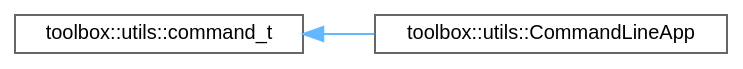
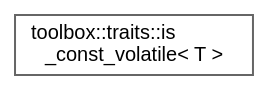
One commit to nerdneilsfield/cpp-toolbox changed the diagram in inherit_graph_89.dot. Above: the diagram before and after it, drawn with Graphviz. The commit also changed 527 other files, not shown here.

```diff
--- a/inherit_graph_89.dot
+++ b/inherit_graph_89.dot
@@ -1,11 +1,9 @@
 digraph "Graphical Class Hierarchy"
 {
  // LATEX_PDF_SIZE
   bgcolor="transparent";
   edge [fontname=Helvetica,fontsize=10,labelfontname=Helvetica,labelfontsize=10];
   node [fontname=Helvetica,fontsize=10,shape=box,height=0.2,width=0.4];
   rankdir="LR";
-  Node0 [id="Node000000",label="toolbox::utils::command_t",height=0.2,width=0.4,color="grey40", fillcolor="white", style="filled",URL="$classtoolbox_1_1utils_1_1command__t.html",tooltip=" "];
-  Node0 -> Node1 [id="edge56_Node000000_Node000001",dir="back",color="steelblue1",style="solid",tooltip=" "];
-  Node1 [id="Node000001",label="toolbox::utils::CommandLineApp",height=0.2,width=0.4,color="grey40", fillcolor="white", style="filled",URL="$classtoolbox_1_1utils_1_1_command_line_app.html",tooltip=" "];
+  Node0 [id="Node000000",label="toolbox::traits::is\l_const_volatile\< T \>",height=0.2,width=0.4,color="grey40", fillcolor="white", style="filled",URL="$structtoolbox_1_1traits_1_1is__const__volatile.html",tooltip="检查类型是否同时具有const和volatile限定/Check if type is const-volatile qualified"];
 }
```
